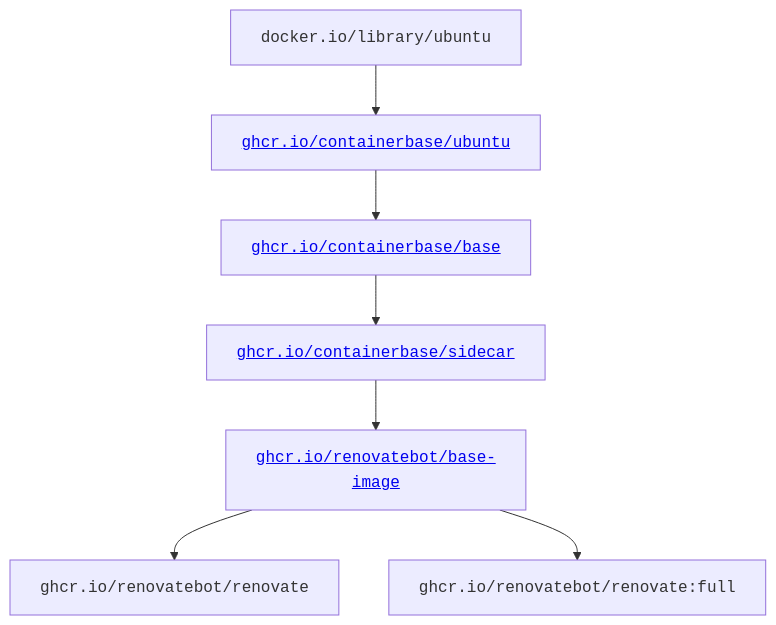
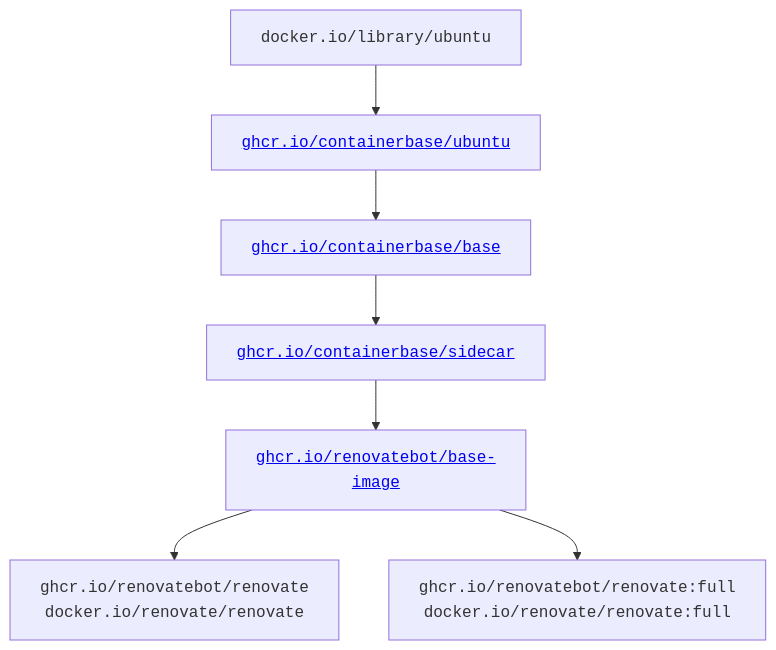
One commit to renovatebot/renovate changed the diagram in docs/usage/docker-build-process.md. Above: the diagram before and after it, drawn with Mermaid. The commit also changed other lines of this file, not shown here.

````diff
--- a/docs/usage/docker-build-process.md
+++ b/docs/usage/docker-build-process.md
@@ -34,17 +34,17 @@
 ```mermaid
 flowchart TD
     Ubuntu               --> ContainerbaseUbuntu
     ContainerbaseUbuntu  --> ContainerbaseBase
     ContainerbaseBase    --> ContainerbaseSidecar
     ContainerbaseSidecar --> RenovatebotBaseImage
     RenovatebotBaseImage --> RenovateSlim
     RenovatebotBaseImage --> RenovateFull
 
     Ubuntu[<code>docker.io/library/ubuntu</code>]
     ContainerbaseUbuntu[<a href="https://github.com/containerbase/ubuntu"><code>ghcr.io/containerbase/ubuntu</code></a>]
     ContainerbaseBase[<a href="https://github.com/containerbase/base"><code>ghcr.io/containerbase/base</code></a>]
     ContainerbaseSidecar[<a href="https://github.com/containerbase/sidecar"><code>ghcr.io/containerbase/sidecar</code></a>]
     RenovatebotBaseImage[<a href="https://github.com/renovatebot/base-image"><code>ghcr.io/renovatebot/base-image</code></a>]
-    RenovateSlim[<code>ghcr.io/renovatebot/renovate</code></a>]
-    RenovateFull[<code>ghcr.io/renovatebot/renovate:full</code></a>]
+    RenovateSlim[<code>ghcr.io/renovatebot/renovate</code><br><code>docker.io/renovate/renovate</code>]
+    RenovateFull[<code>ghcr.io/renovatebot/renovate:full</code><br><code>docker.io/renovate/renovate:full</code>]
 ```
````
